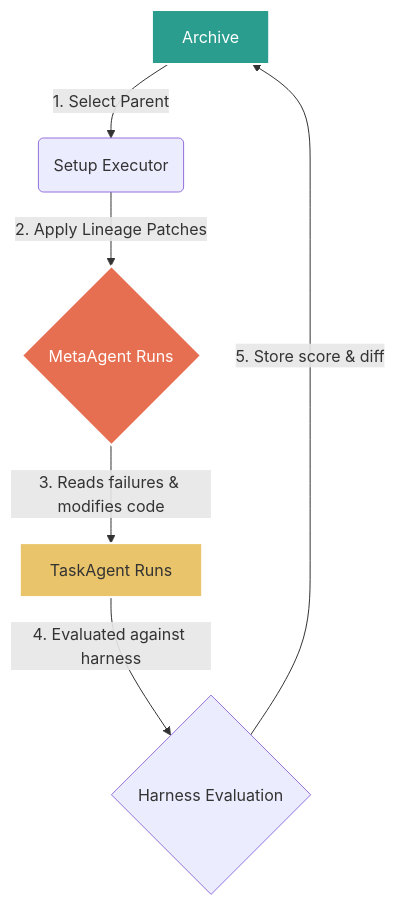
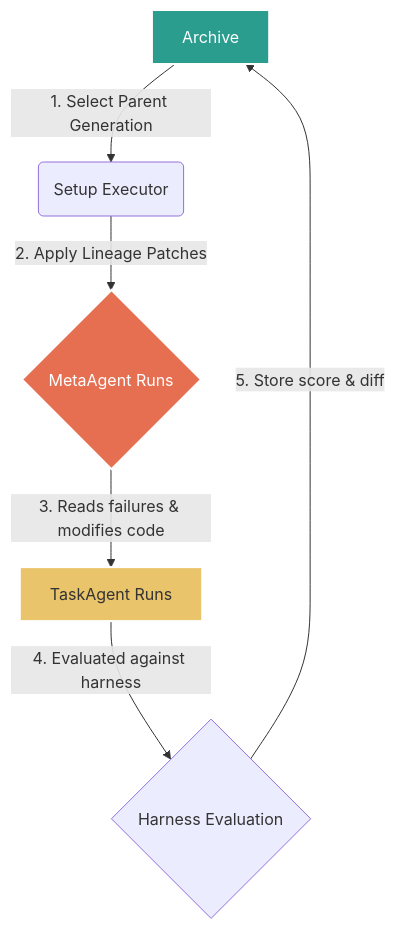
The diagram in docs_site/docs/guide/basic-concepts.md (lablnet/HyperFlow), drawn with Mermaid before and after one commit. The commit also changed other lines of this file and 3 other files, not shown here.

````diff
--- a/docs_site/docs/guide/basic-concepts.md
+++ b/docs_site/docs/guide/basic-concepts.md
@@ -27,11 +27,11 @@
 ```mermaid
 graph TD
-    A[Archive] -->|1. Select Parent| B(Setup Executor)
+    A[Archive] -->|1. Select Parent Generation| B(Setup Executor)
     B -->|2. Apply Lineage Patches| C{MetaAgent Runs}
     C -->|3. Reads failures & modifies code| D[TaskAgent Runs]
     D -->|4. Evaluated against harness| E{Harness Evaluation}
     E -->|5. Store score & diff| A
     style A fill:#2a9d8f,stroke:#fff,stroke-width:2px,color:#fff
     style C fill:#e76f51,stroke:#fff,stroke-width:2px,color:#fff
     style D fill:#e9c46a,stroke:#fff,stroke-width:2px,color:#333
 ```
````
